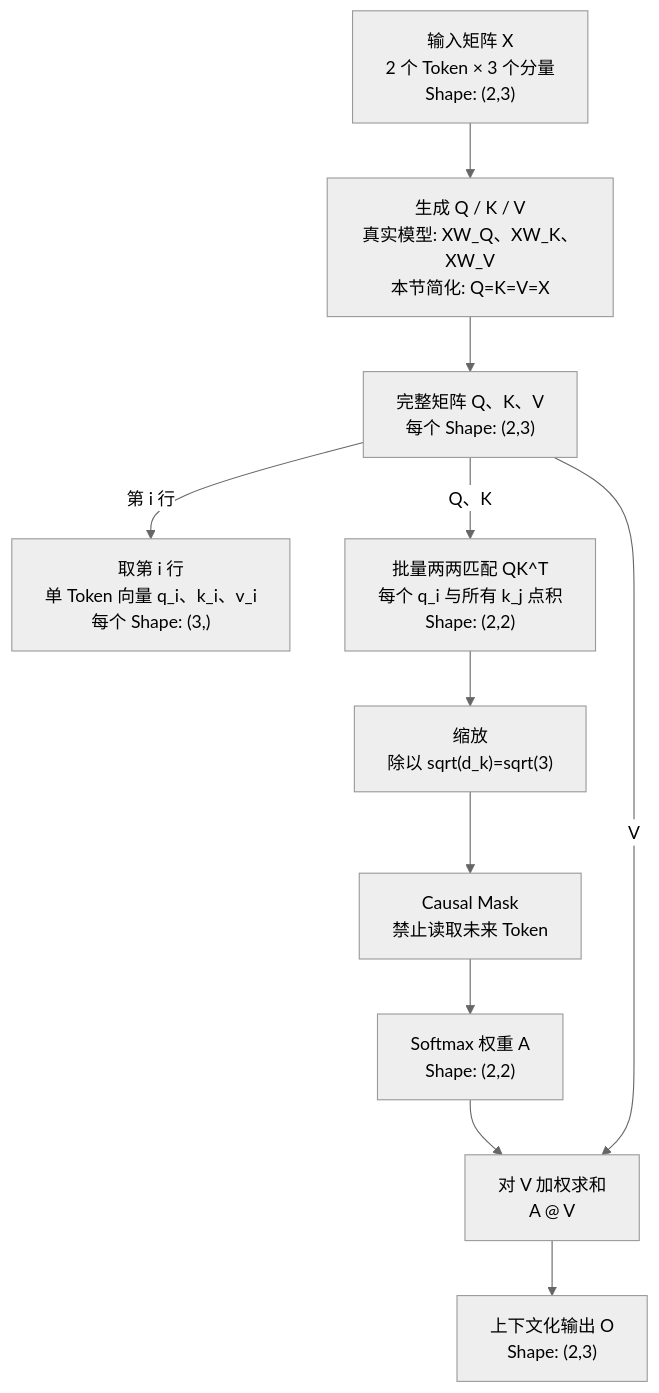
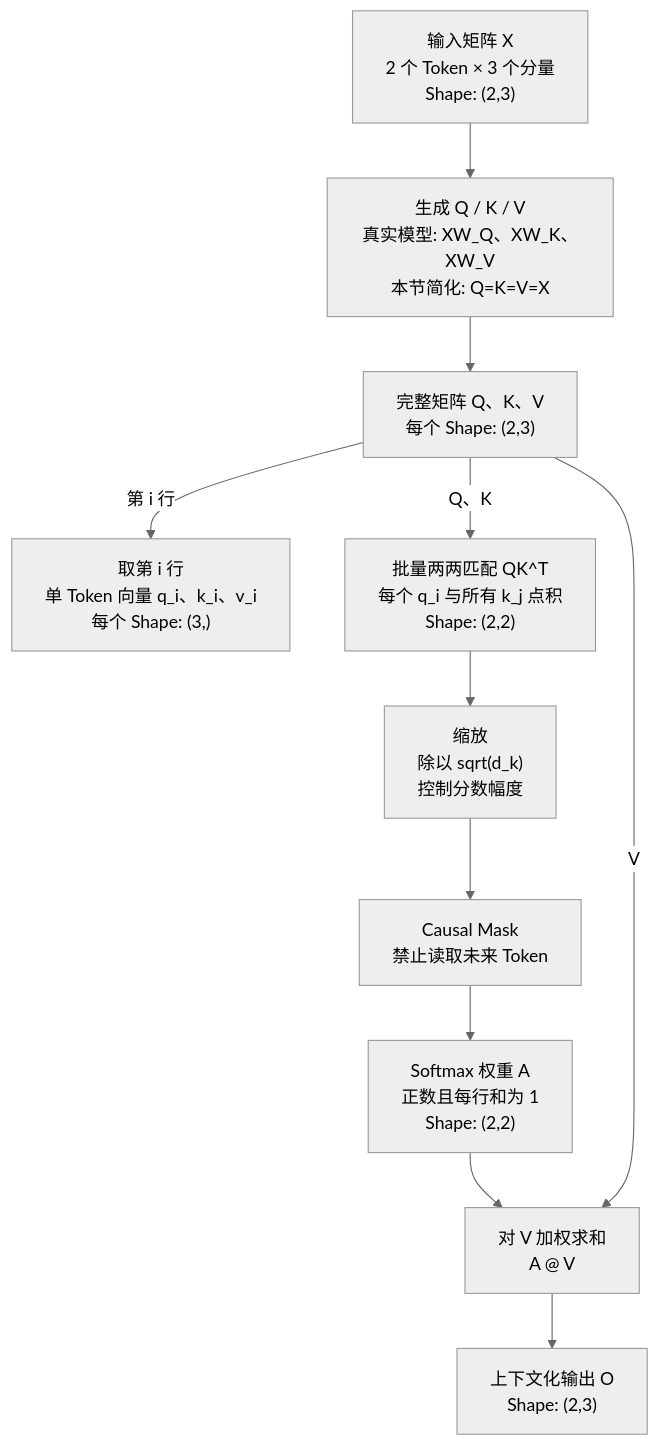
Before and after one commit to wobushixiaoj/agent-learning: the diagram in lessons/transformer/day02-self-attention/OUTPUT.md, drawn with Mermaid (neutral theme). The commit also changed other lines of this file and 3 other files, not shown here.

````diff
--- a/lessons/transformer/day02-self-attention/OUTPUT.md
+++ b/lessons/transformer/day02-self-attention/OUTPUT.md
@@ -31,18 +31,18 @@
 ```mermaid
 flowchart TD
     X["输入矩阵 X<br/>2 个 Token × 3 个分量<br/>Shape: (2,3)"]
     P["生成 Q / K / V<br/>真实模型: XW_Q、XW_K、XW_V<br/>本节简化: Q=K=V=X"]
     M["完整矩阵 Q、K、V<br/>每个 Shape: (2,3)"]
     R["取第 i 行<br/>单 Token 向量 q_i、k_i、v_i<br/>每个 Shape: (3,)"]
     S["批量两两匹配 QK^T<br/>每个 q_i 与所有 k_j 点积<br/>Shape: (2,2)"]
-    D["缩放<br/>除以 sqrt(d_k)=sqrt(3)"]
+    D["缩放<br/>除以 sqrt(d_k)<br/>控制分数幅度"]
     C["Causal Mask<br/>禁止读取未来 Token"]
-    A["Softmax 权重 A<br/>Shape: (2,2)"]
+    A["Softmax 权重 A<br/>正数且每行和为 1<br/>Shape: (2,2)"]
     W["对 V 加权求和<br/>A @ V"]
     O["上下文化输出 O<br/>Shape: (2,3)"]
     X --> P --> M
     M -->|"第 i 行"| R
     M -->|"Q、K"| S
     S --> D --> C --> A --> W --> O
     M -->|"V"| W
 ```
````
